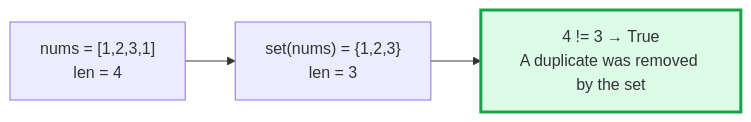
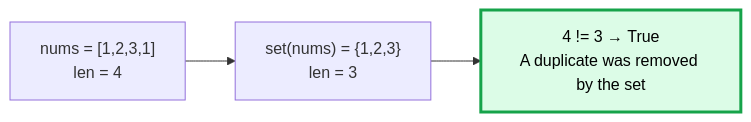
Before and after one commit to M-F-Tushar/LeetCode-Problem-Solving: diagram 12 of 13 in 02 - Contains Duplicate/README.md, drawn with Mermaid. The commit also changed other lines of this file, not shown here.

````diff
--- a/02 - Contains Duplicate/README.md
+++ b/02 - Contains Duplicate/README.md
@@ -377,7 +376,7 @@
 ```mermaid
 flowchart LR
     A["nums = [1,2,3,1]\nlen = 4"] --> B["set(nums) = {1,2,3}\nlen = 3"]
     B --> C["4 != 3 → True\nA duplicate was removed by the set"]
 
-    style C fill:#dcfce7,stroke:#16a34a,stroke-width:3px
+    style C fill:#dcfce7,stroke:#16a34a,stroke-width:3px,color:#000000
 ```
````
